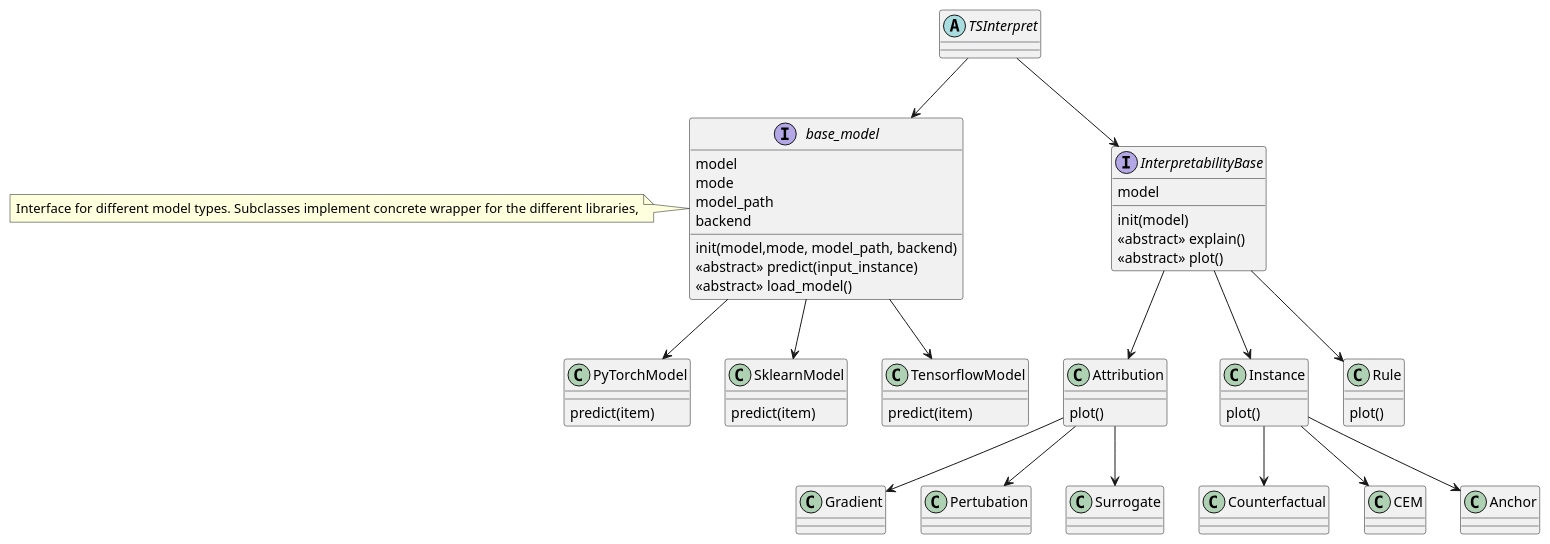
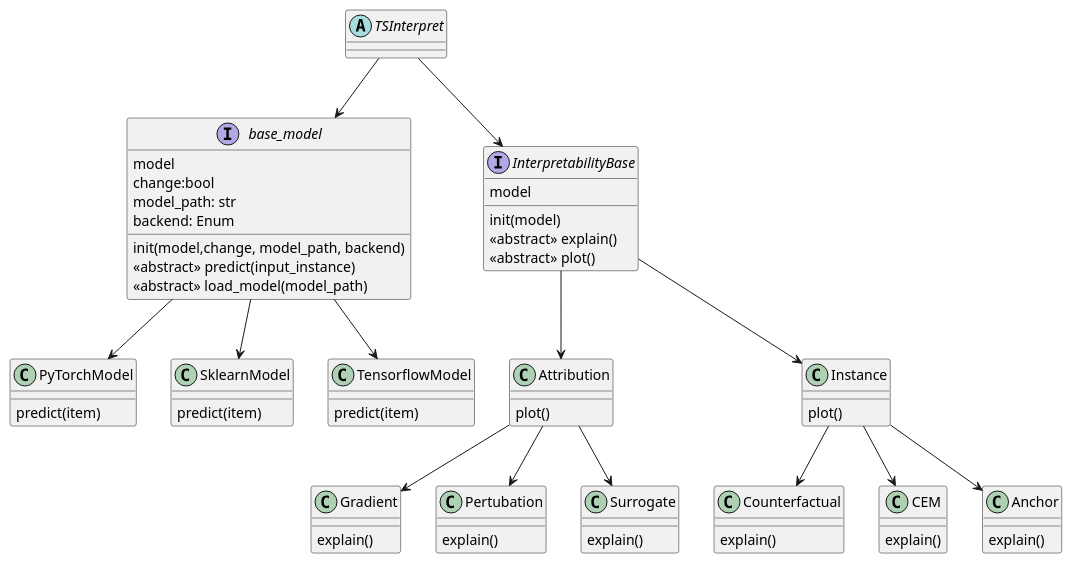
One commit to fzi-forschungszentrum-informatik/TSInterpret changed the diagram in Architecture.puml. Above: the diagram before and after it, drawn with PlantUML. The commit also changed 25 other files, not shown here.

```diff
--- a/Architecture.puml
+++ b/Architecture.puml
@@ -1,84 +1,82 @@
 @startuml
 
 abstract TSInterpret {
 }
 interface base_model {
     model
-    mode    
-    model_path 
-    backend
-    init(model,mode, model_path, backend)
+    change:bool    
+    model_path: str  
+    backend: Enum
+    init(model,change, model_path, backend)
     <<abstract>> predict(input_instance)
-    <<abstract>> load_model()
+    <<abstract>> load_model(model_path)
 }
-note left: Interface for different model types. Subclasses implement concrete wrapper for the different libraries,
 
 interface InterpretabilityBase {
     model
     init(model)
     <<abstract>> explain()
     <<abstract>> plot()
 }
 
 
 class PyTorchModel {
 
     predict(item)
 
 }
 
 class SklearnModel {
 
     predict(item)
 }
 class TensorflowModel {
 
     predict(item)
 }
 class Attribution {
      plot()
 }
 class Gradient {
+explain()
     
 }
 class Pertubation {
+explain()
 
 }
 class Surrogate {
+explain()
 
 }
 class Instance {
   plot()
 }
 
 class Counterfactual {
+explain()
 
 }
 class CEM {
+explain()
 
 }
 class Anchor {
-
-}
-
-class Rule {
-  
-  plot()
+explain()
 }
 
 TSInterpret --> base_model
 TSInterpret --> InterpretabilityBase
 base_model --> PyTorchModel
 base_model --> SklearnModel
 base_model --> TensorflowModel
 InterpretabilityBase --> Attribution
 InterpretabilityBase --> Instance
-InterpretabilityBase --> Rule 
 Attribution --> Gradient
 Attribution --> Pertubation
 Attribution --> Surrogate
 Instance --> Counterfactual 
 Instance -->  CEM
 Instance --> Anchor
 
 @enduml
```
